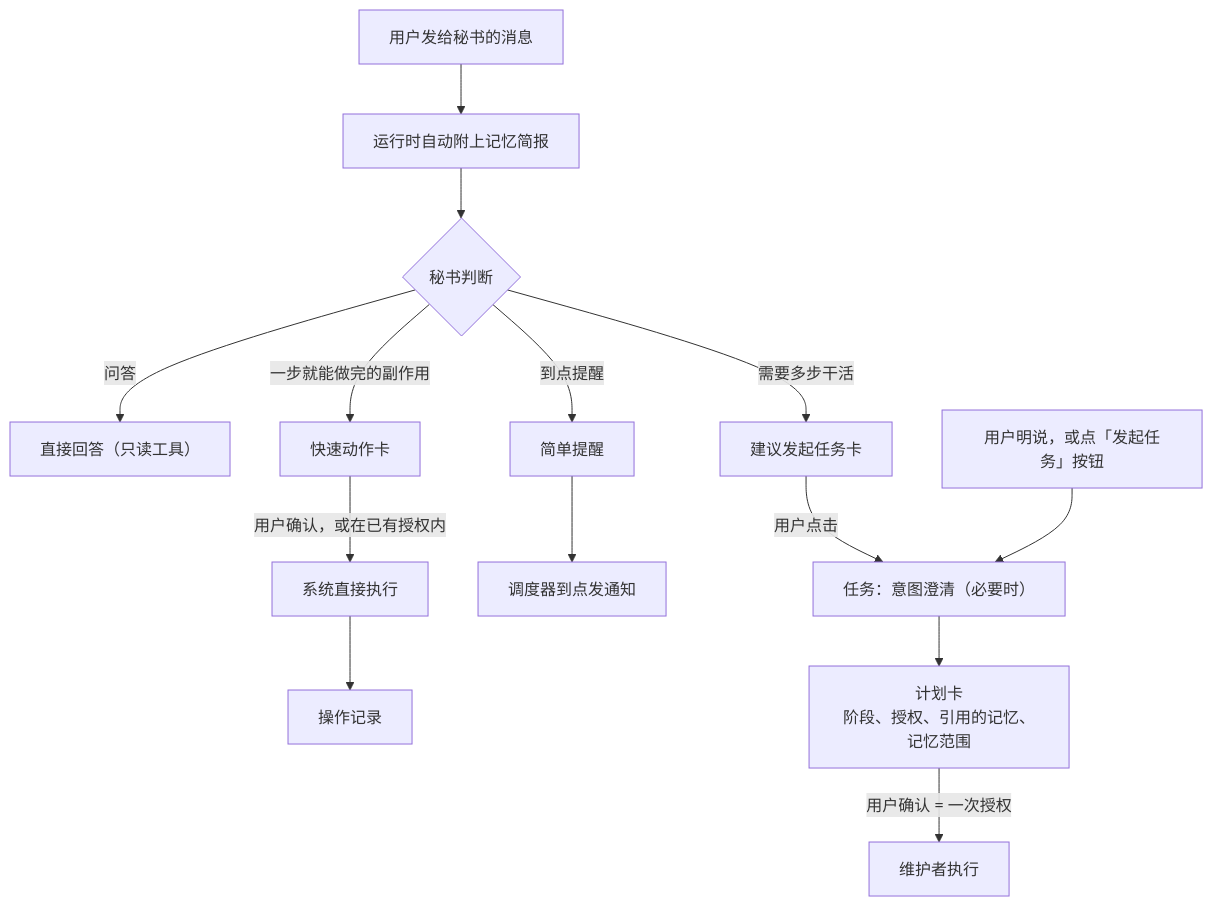
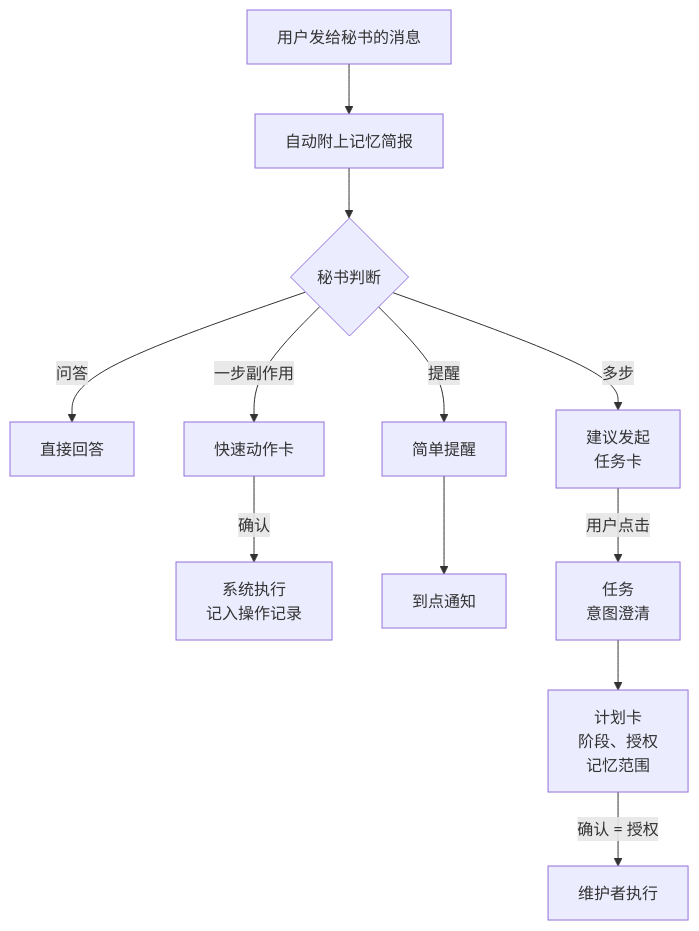
The third of 7 diagrams in README.md (catmaniii/ergo), drawn with Mermaid before and after one commit. The commit also changed other lines of this file and 1 other file, not shown here.

First line of the commit message:
docs: README 图改为纵向并收窄，新增英文版

````diff
--- a/README.md
+++ b/README.md
@@ -126,18 +126,14 @@
 ```mermaid
-flowchart TD
-    MSG["用户发给秘书的消息"] --> BR["运行时自动附上记忆简报"]
+flowchart TB
+    MSG["用户发给秘书的消息"] --> BR["自动附上记忆简报"]
     BR --> JUDGE{"秘书判断"}
-
-    JUDGE -->|"问答"| ANS["直接回答（只读工具）"]
-    JUDGE -->|"一步就能做完的副作用"| QA["快速动作卡"]
-    QA -->|"用户确认，或在已有授权内"| EXEC["系统直接执行"]
-    EXEC --> LOG["操作记录"]
-    JUDGE -->|"到点提醒"| RM["简单提醒"]
-    RM --> SCH["调度器到点发通知"]
-    JUDGE -->|"需要多步干活"| SUG["建议发起任务卡"]
-
-    SUG -->|"用户点击"| START
-    BTN["用户明说，或点「发起任务」按钮"] --> START["任务：意图澄清（必要时）"]
-    START --> PLAN["计划卡<br/>阶段、授权、引用的记忆、记忆范围"]
-    PLAN -->|"用户确认 = 一次授权"| RUN["维护者执行"]
+    JUDGE -->|"问答"| ANS["直接回答"]
+    JUDGE -->|"一步副作用"| QA["快速动作卡"]
+    JUDGE -->|"提醒"| RM["简单提醒"]
+    JUDGE -->|"多步"| SUG["建议发起<br/>任务卡"]
+    QA -->|"确认"| EXEC["系统执行<br/>记入操作记录"]
+    RM --> SCH["到点通知"]
+    SUG -->|"用户点击"| START["任务<br/>意图澄清"]
+    START --> PLAN["计划卡<br/>阶段、授权<br/>记忆范围"]
+    PLAN -->|"确认 = 授权"| RUN["维护者执行"]
 ```
````
